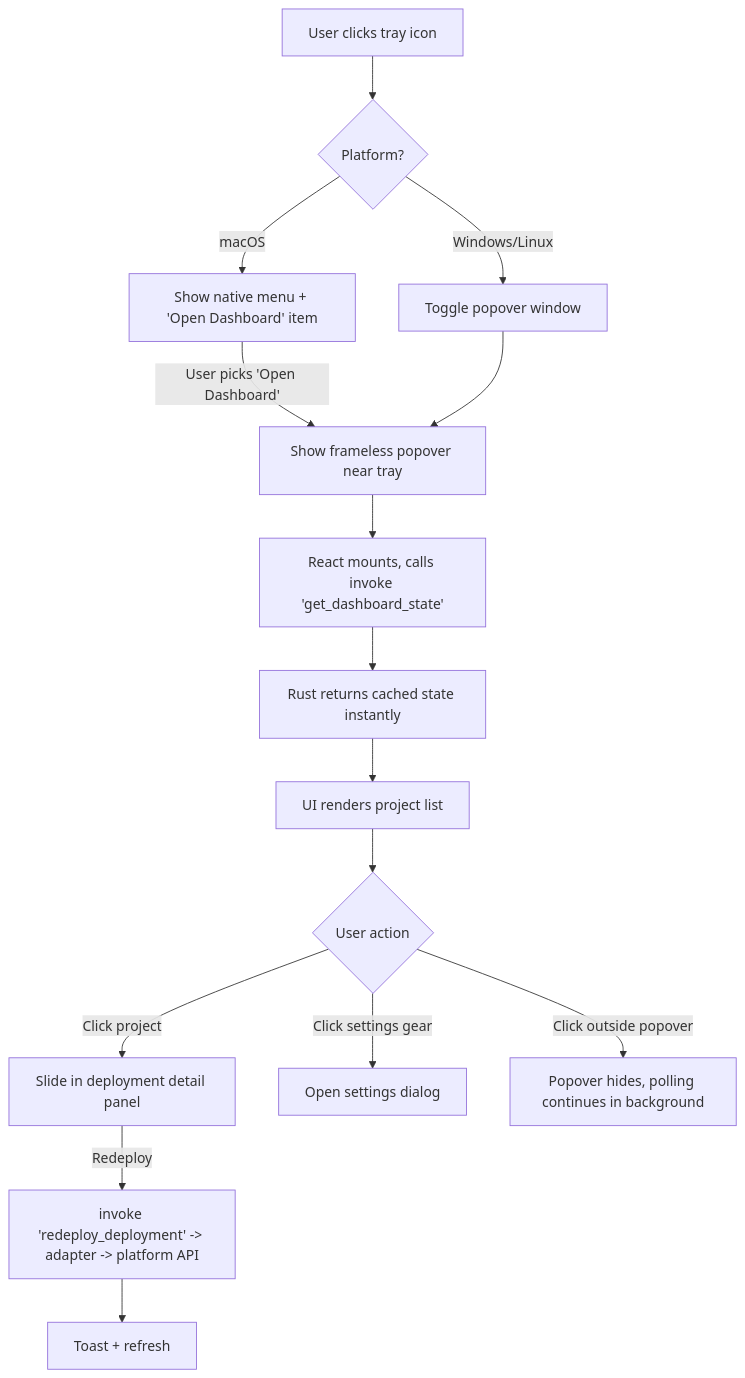
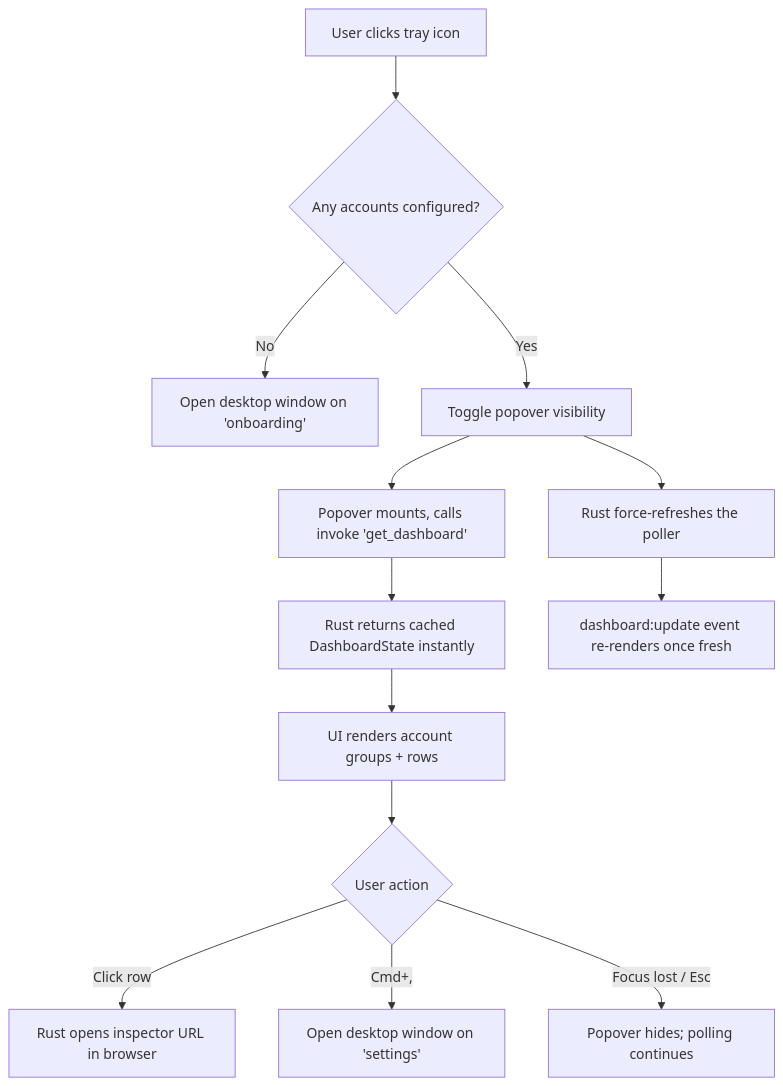
One commit to trankhacvy/tiny-bell changed the first of 2 diagrams in docs/prd.md. Above: the diagram before and after it, drawn with Mermaid. The commit also changed other lines of this file and 17 other files, not shown here.

````diff
--- a/docs/prd.md
+++ b/docs/prd.md
@@ -213,17 +227,15 @@
 ```mermaid
 flowchart TD
-    A[User clicks tray icon] --> B{Platform?}
-    B -->|macOS| C[Show native menu + 'Open Dashboard' item]
-    B -->|Windows/Linux| D[Toggle popover window]
-    C -->|User picks 'Open Dashboard'| E[Show frameless popover near tray]
-    D --> E
-    E --> F[React mounts, calls invoke 'get_dashboard_state']
-    F --> G[Rust returns cached state instantly]
-    G --> H[UI renders project list]
-    H --> I{User action}
-    I -->|Click project| J[Slide in deployment detail panel]
-    I -->|Click settings gear| K[Open settings dialog]
-    I -->|Click outside popover| L[Popover hides, polling continues in background]
-    J -->|Redeploy| M[invoke 'redeploy_deployment' -> adapter -> platform API]
-    M --> N[Toast + refresh]
+    A[User clicks tray icon] --> B{Any accounts configured?}
+    B -- No --> C[Open desktop window on 'onboarding']
+    B -- Yes --> D[Toggle popover visibility]
+    D --> E[Popover mounts, calls invoke 'get_dashboard']
+    E --> F[Rust returns cached DashboardState instantly]
+    F --> G[UI renders account groups + rows]
+    D --> H[Rust force-refreshes the poller]
+    H --> I[dashboard:update event re-renders once fresh]
+    G --> J{User action}
+    J -->|Click row| K[Rust opens inspector URL in browser]
+    J -->|Cmd+,| L[Open desktop window on 'settings']
+    J -->|Focus lost / Esc| M[Popover hides; polling continues]
 ```
````
